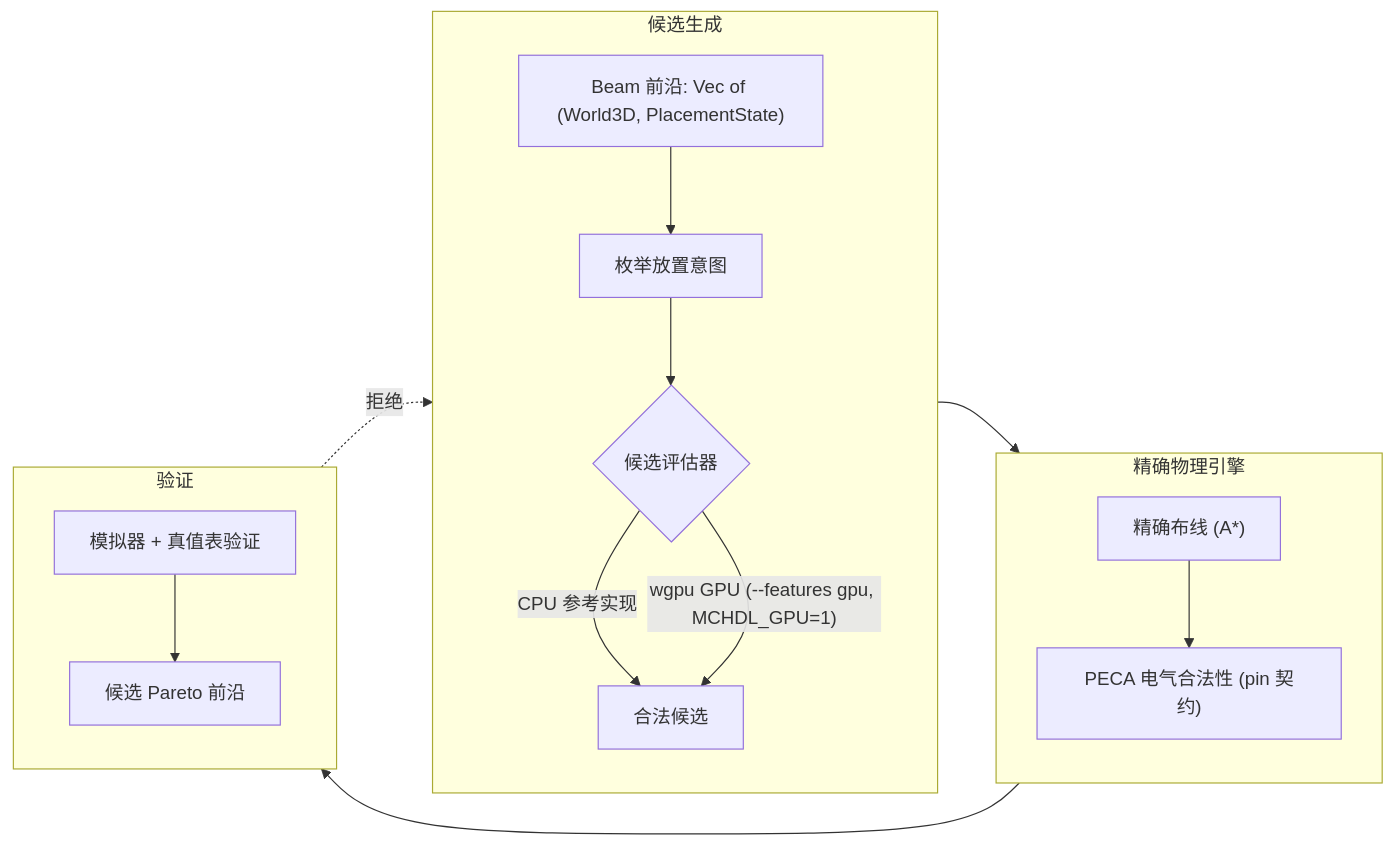
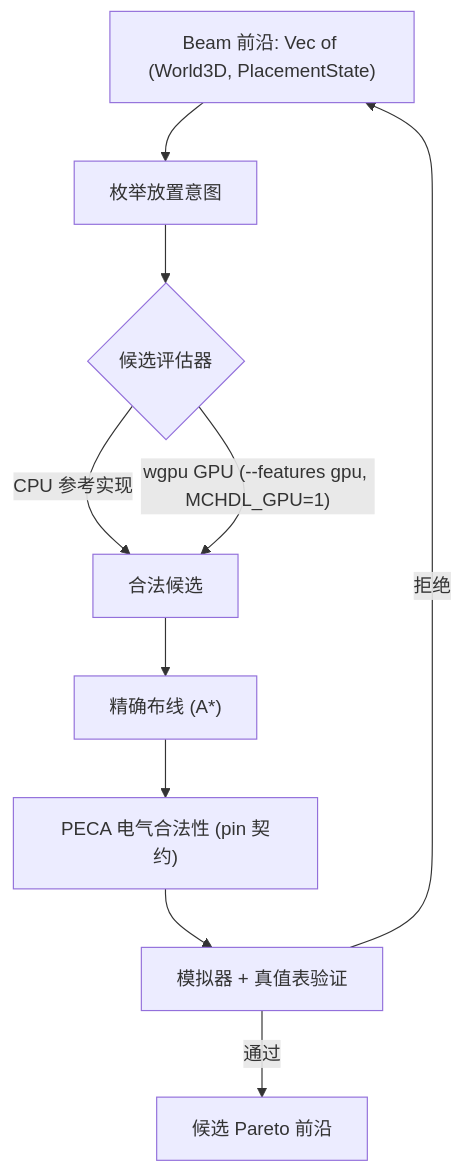
Before and after one commit to MineRealms/RedstoneTranslator: the second of 2 diagrams in README.zh-CN.md, drawn with Mermaid. The commit also changed other lines of this file and 1 other file, not shown here.

First line of the commit message:
Make the README diagrams vertical and document the GPU track

````diff
--- a/README.zh-CN.md
+++ b/README.zh-CN.md
@@ -48,21 +45,12 @@
 ```mermaid
-flowchart LR
-    subgraph gen["候选生成"]
-        direction TB
-        A["Beam 前沿: Vec of (World3D, PlacementState)"] --> B["枚举放置意图"]
-        B --> D{"候选评估器"}
-        D -->|"CPU 参考实现"| E["合法候选"]
-        D -->|"wgpu GPU (--features gpu, MCHDL_GPU=1)"| E
-    end
-    subgraph exact["精确物理引擎"]
-        direction TB
-        F["精确布线 (A*)"] --> G["PECA 电气合法性 (pin 契约)"]
-    end
-    subgraph verify2["验证"]
-        direction TB
-        H["模拟器 + 真值表验证"] --> I["候选 Pareto 前沿"]
-    end
-    E --> F
-    G --> H
-    I -.->|拒绝| A
+flowchart TD
+    A["Beam 前沿: Vec of (World3D, PlacementState)"] --> B["枚举放置意图"]
+    B --> D{"候选评估器"}
+    D -->|"CPU 参考实现"| E["合法候选"]
+    D -->|"wgpu GPU (--features gpu, MCHDL_GPU=1)"| E
+    E --> F["精确布线 (A*)"]
+    F --> G["PECA 电气合法性 (pin 契约)"]
+    G --> H["模拟器 + 真值表验证"]
+    H -->|通过| I["候选 Pareto 前沿"]
+    H -->|拒绝| A
 ```
````
